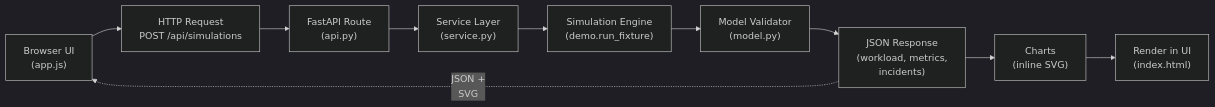
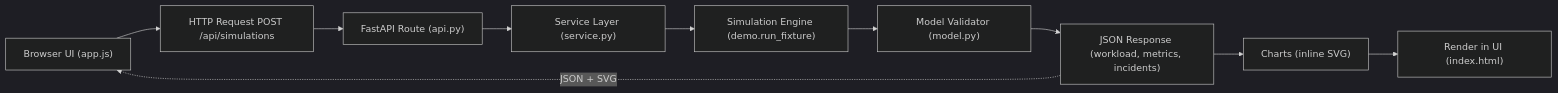
The seventh of 7 diagrams in submission/review-3/diagrams/figures_mermaid.md (lostpilot404/OS-Project), drawn with Mermaid (dark theme) before and after one commit. The commit also changed other lines of this file and 6 other files, not shown here.

First line of the commit message:
Fix table widths and Mermaid diagram placement

````diff
--- a/submission/review-3/diagrams/figures_mermaid.md
+++ b/submission/review-3/diagrams/figures_mermaid.md
@@ -139,12 +132,12 @@
 ```mermaid
 flowchart LR
-    UI["Browser UI<br/>(app.js)"] --> HR["HTTP Request<br/>POST /api/simulations"]
-    HR --> FR["FastAPI Route<br/>(api.py)"]
-    FR --> SL["Service Layer<br/>(service.py)"]
-    SL --> SE["Simulation Engine<br/>(demo.run_fixture)"]
-    SE --> MV["Model Validator<br/>(model.py)"]
-    MV --> JR["JSON Response<br/>(workload, metrics,<br/>incidents)"]
-    JR --> CH["Charts<br/>(inline SVG)"]
-    CH --> RU["Render in UI<br/>(index.html)"]
-    JR -.->|"JSON +<br/>SVG"| UI
+    UI["Browser UI (app.js)"] --> HR["HTTP Request POST /api/simulations"]
+    HR --> FR["FastAPI Route (api.py)"]
+    FR --> SL["Service Layer (service.py)"]
+    SL --> SE["Simulation Engine (demo.run_fixture)"]
+    SE --> MV["Model Validator (model.py)"]
+    MV --> JR["JSON Response (workload, metrics, incidents)"]
+    JR --> CH["Charts (inline SVG)"]
+    CH --> RU["Render in UI (index.html)"]
+    JR -.->|"JSON + SVG"| UI
 ```
````
